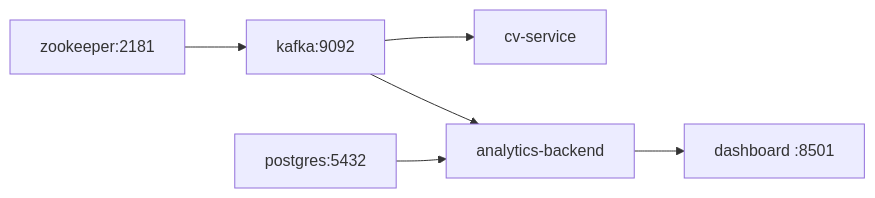
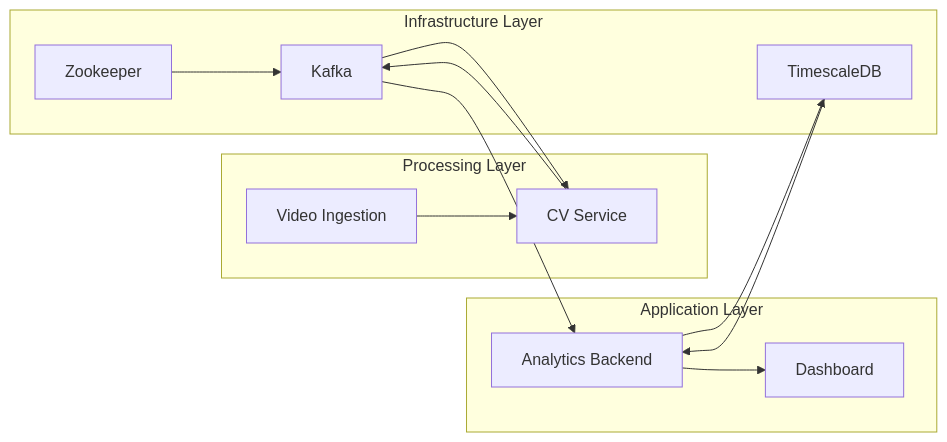
Before and after one commit to Azzoz-189/construction-equipment-monitoring: the third of 3 diagrams in .qoder/repowiki/en/content/Deployment Guide.md, drawn with Mermaid. The commit also changed other lines of this file and 6 other files, not shown here.

````diff
--- a/.qoder/repowiki/en/content/Deployment Guide.md
+++ b/.qoder/repowiki/en/content/Deployment Guide.md
@@ -218,8 +298,24 @@
 ```mermaid
 graph LR
-ZK["zookeeper:2181"] --> KF["kafka:9092"]
-KF --> CV["cv-service"]
-KF --> AB["analytics-backend"]
-PG["postgres:5432"] --> AB
-AB --> DB["dashboard :8501"]
+subgraph "Infrastructure Layer"
+ZK["Zookeeper"]
+KF["Kafka"]
+PG["TimescaleDB"]
+end
+subgraph "Processing Layer"
+CV["CV Service"]
+VI["Video Ingestion"]
+end
+subgraph "Application Layer"
+AB["Analytics Backend"]
+DB["Dashboard"]
+end
+ZK --> KF
+KF --> CV
+KF --> AB
+PG --> AB
+VI --> CV
+CV --> KF
+AB --> PG
+AB --> DB
 ```
````
